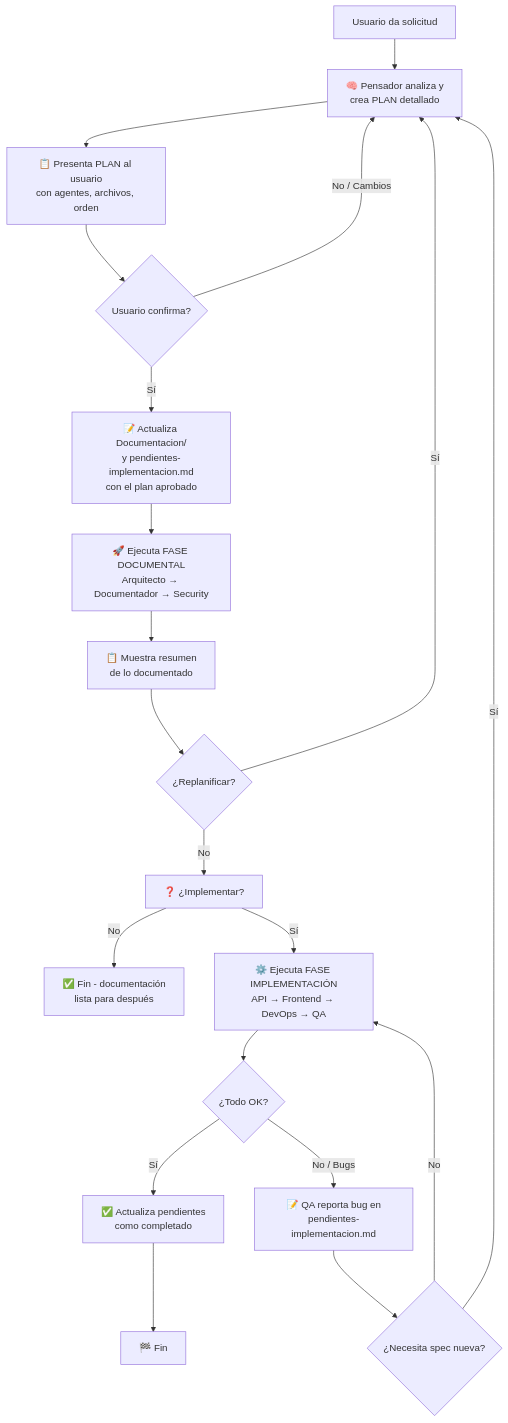
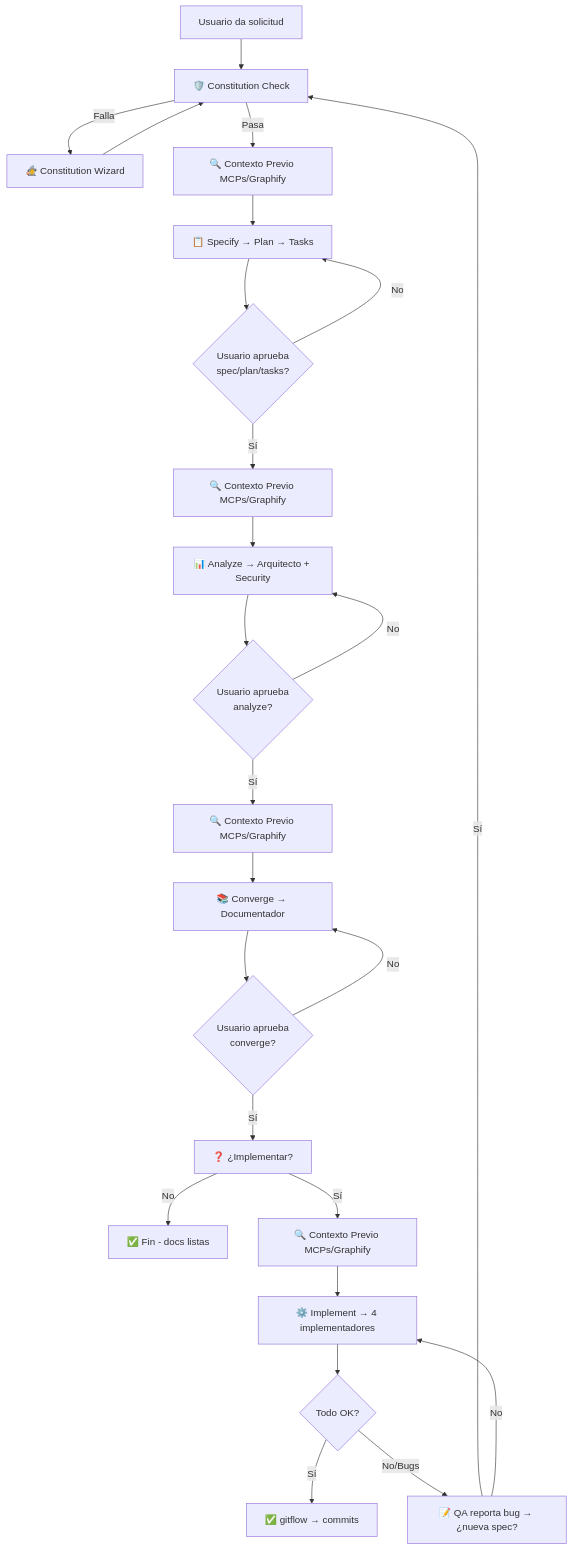
One commit to BUSCADO-LA-VIDA/Agents_IA_TECH changed the diagram in .github/agents/pensador.agent.md. Above: the diagram before and after it, drawn with Mermaid. The commit also changed other lines of this file and 39 other files, not shown here.

First line of the commit message:
feat(bootstrap+docs): RF-16/17/18/19, SSD+Speckit, graphify y LSP pyright

````diff
--- a/.github/agents/pensador.agent.md
+++ b/.github/agents/pensador.agent.md
@@ -66,22 +215,27 @@
 ```mermaid
 flowchart TD
-    A[Usuario da solicitud] --> B[🧠 Pensador analiza y\ncrea PLAN detallado]
-    B --> C[📋 Presenta PLAN al usuario\ncon agentes, archivos, orden]
-    C --> D{Usuario confirma?}
-    D -->|No / Cambios| B
-    D -->|Sí| E[📝 Actualiza Documentacion/\ny pendientes-implementacion.md\ncon el plan aprobado]
-    E --> F[🚀 Ejecuta FASE DOCUMENTAL\nArquitecto → Documentador → Security]
-    F --> G[📋 Muestra resumen\nde lo documentado]
-    G --> H{¿Replanificar?}
-    H -->|Sí| B
-    H -->|No| I[❓ ¿Implementar?]
-    I -->|No| J[✅ Fin - documentación\nlista para después]
-    I -->|Sí| K[⚙️ Ejecuta FASE IMPLEMENTACIÓN\nAPI → Frontend → DevOps → QA]
-    K --> L{¿Todo OK?}
-    L -->|Sí| M[✅ Actualiza pendientes\ncomo completado]
-    L -->|No / Bugs| N[📝 QA reporta bug en\npendientes-implementacion.md]
-    N --> O{¿Necesita spec nueva?}
-    O -->|Sí| B
-    O -->|No| K
-    M --> P[🏁 Fin]
+    A[Usuario da solicitud] --> B[🛡️ Constitution Check]
+    B -->|Falla| C[🧙 Constitution Wizard]
+    C --> B
+    B -->|Pasa| D[🔍 Contexto Previo MCPs/Graphify]
+    D --> E[📋 Specify → Plan → Tasks]
+    E --> F{Usuario aprueba<br/>spec/plan/tasks?}
+    F -->|No| E
+    F -->|Sí| G[🔍 Contexto Previo MCPs/Graphify]
+    G --> H[📊 Analyze → Arquitecto + Security]
+    H --> I{Usuario aprueba<br/>analyze?}
+    I -->|No| H
+    I -->|Sí| J[🔍 Contexto Previo MCPs/Graphify]
+    J --> K[📚 Converge → Documentador]
+    K --> L{Usuario aprueba<br/>converge?}
+    L -->|No| K
+    L -->|Sí| M[❓ ¿Implementar?]
+    M -->|No| N[✅ Fin - docs listas]
+    M -->|Sí| O[🔍 Contexto Previo MCPs/Graphify]
+    O --> P[⚙️ Implement → 4 implementadores]
+    P --> Q{Todo OK?}
+    Q -->|Sí| R[✅ gitflow → commits]
+    Q -->|No/Bugs| S[📝 QA reporta bug → ¿nueva spec?]
+    S -->|Sí| B
+    S -->|No| P
 ```
````
